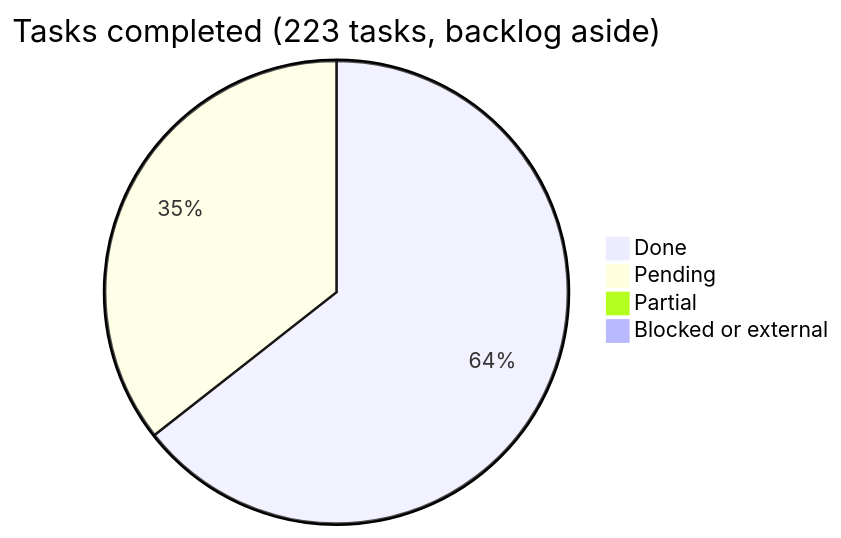
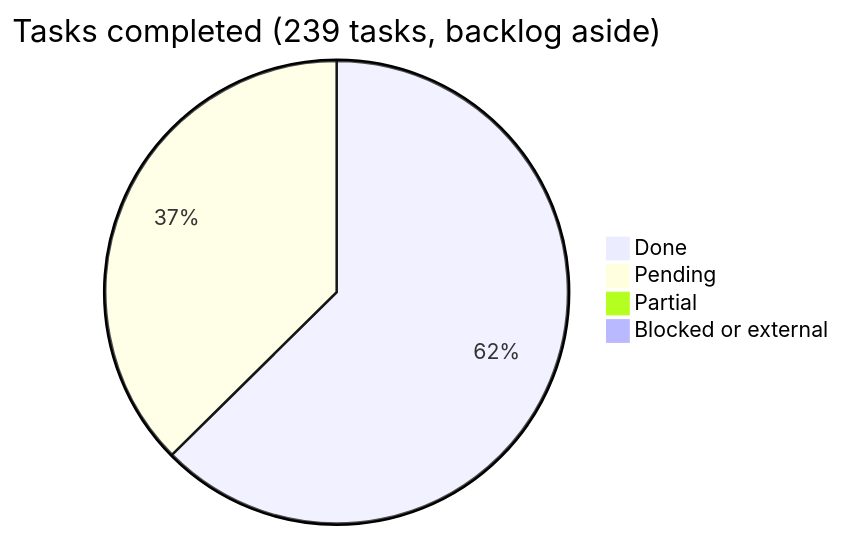
The diagram in docs/roadmap/README.md (araguaney-lat/araguaney-app), drawn with Mermaid before and after one commit. The commit also changed other lines of this file and 2 other files, not shown here.

Commit message:
docs(roadmap): the translation phase, and the one for the comments
Phase 31 records what this pull request did and what it deliberately left: the
English and Portuguese themselves, the language setting that is worth nothing
until there is a second language, and the backend half — with three languages,
request 6 stops being optional.

Phase 32 is the 2,697 Spanish comment lines. It is written as its own phase for
a reason that is not size: a comment translation mixed with logic hides the
logic, and a pure-comment diff can be verified mechanically to touch only
comments, which is a stronger guarantee than reading it. Its last task is a
check in CI, because everything before it is paid once and comes back one
comment at a time without one.

````diff
--- a/docs/roadmap/README.md
+++ b/docs/roadmap/README.md
@@ -38,7 +38,7 @@
 ```mermaid
-pie title Tasks completed (223 tasks, backlog aside)
-    "Done" : 143
-    "Pending" : 79
+pie title Tasks completed (239 tasks, backlog aside)
+    "Done" : 149
+    "Pending" : 89
     "Partial" : 1
     "Blocked or external" : 0
 ```
````
